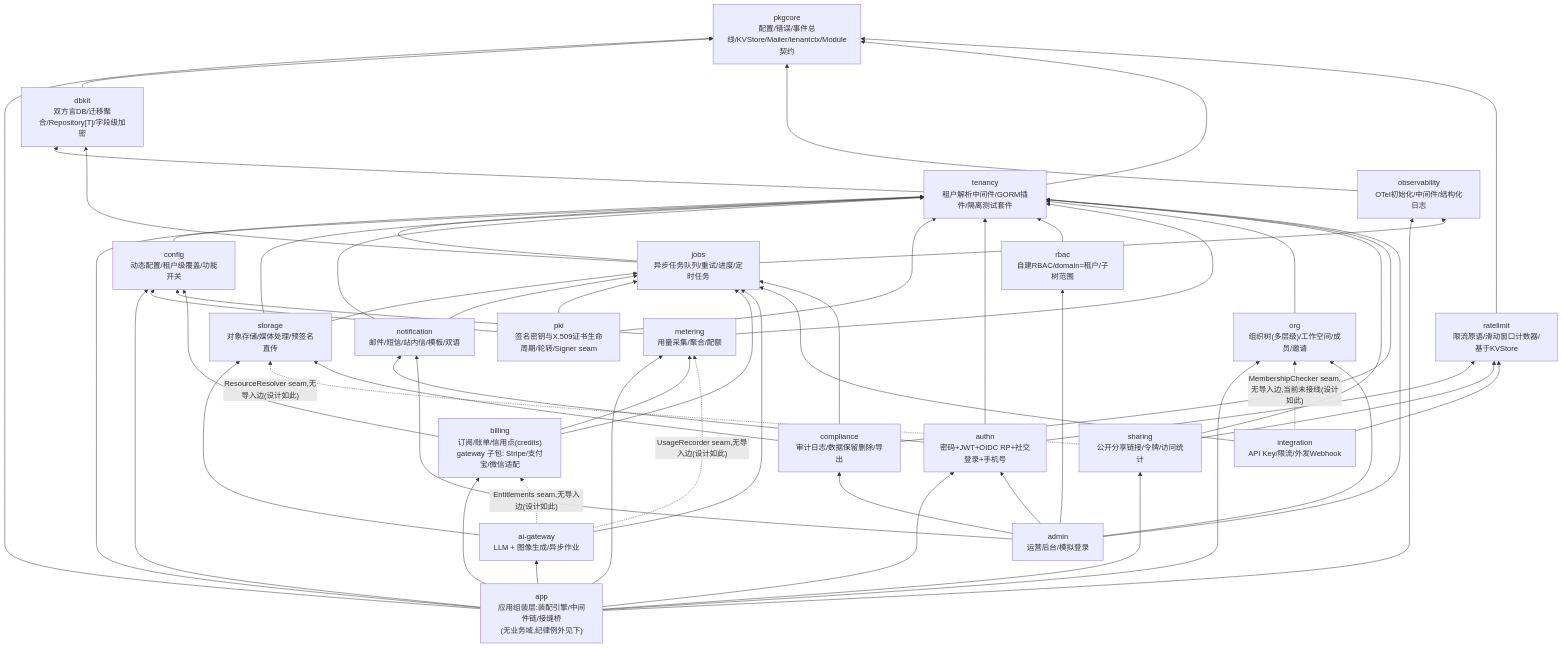
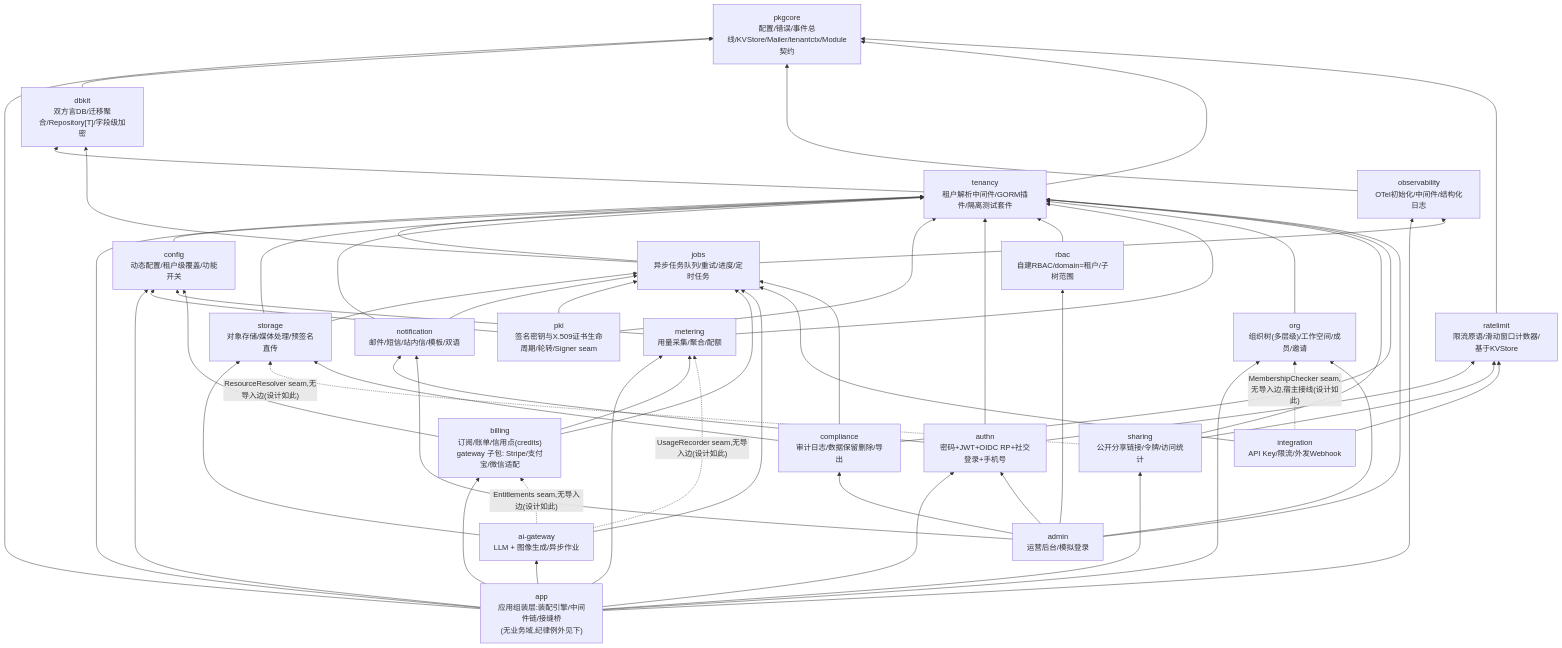
One commit to vislake/speed changed the diagram in docs/internal/01-architecture.md. Above: the diagram before and after it, drawn with Mermaid. The commit also changed other lines of this file and 6 other files, not shown here.

First line of the commit message:
fix(integration): consume the declared optional MembershipChecker

````diff
--- a/docs/internal/01-architecture.md
+++ b/docs/internal/01-architecture.md
@@ -10,80 +10,80 @@
 ```mermaid
 graph BT
     pkgcore["pkgcore<br/>配置/错误/事件总线/KVStore/Mailer/tenantctx/Module契约"]
     dbkit["dbkit<br/>双方言DB/迁移聚合/Repository[T]/字段级加密"]
     obs["observability<br/>OTel初始化/中间件/结构化日志"]
     tenancy["tenancy<br/>租户解析中间件/GORM插件/隔离测试套件"]
     ratelimit["ratelimit<br/>限流原语/滑动窗口计数器/基于KVStore"]
     cfg["config<br/>动态配置/租户级覆盖/功能开关"]
     jobs["jobs<br/>异步任务队列/重试/进度/定时任务"]
     storage["storage<br/>对象存储/媒体处理/预签名直传"]
     notify["notification<br/>邮件/短信/站内信/模板/双语"]
     pki["pki<br/>签名密钥与X.509证书生命周期/轮转/Signer seam"]
     authn["authn<br/>密码+JWT+OIDC RP+社交登录+手机号"]
     rbac["rbac<br/>自建RBAC/domain=租户/子树范围"]
     metering["metering<br/>用量采集/聚合/配额"]
     org["org<br/>组织树(多层级)/工作空间/成员/邀请"]
     billing["billing<br/>订阅/账单/信用点(credits)<br/>gateway 子包: Stripe/支付宝/微信适配"]
     ai["ai-gateway<br/>LLM + 图像生成/异步作业"]
     sharing["sharing<br/>公开分享链接/令牌/访问统计"]
     integ["integration<br/>API Key/限流/外发Webhook"]
     comp["compliance<br/>审计日志/数据保留删除/导出"]
     admin["admin<br/>运营后台/模拟登录"]
     app["app<br/>应用组装层:装配引擎/中间件链/接缝桥<br/>(无业务域,纪律例外见下)"]
 
     app --> pkgcore
     app --> obs
     app --> tenancy
     app --> cfg
     app --> authn
     app --> org
     app --> metering
     app --> billing
     app --> sharing
     app --> ai
     dbkit --> pkgcore
     obs --> pkgcore
     tenancy --> pkgcore
     tenancy --> dbkit
     ratelimit --> pkgcore
     cfg --> tenancy
     jobs --> tenancy
     jobs --> obs
     jobs --> dbkit
     storage --> tenancy
     storage --> jobs
     notify --> tenancy
     notify --> jobs
     pki --> tenancy
     pki --> jobs
     pki --> cfg
     authn --> tenancy
     authn --> notify
     authn --> ratelimit
     rbac --> tenancy
     metering --> tenancy
     metering --> cfg
     org --> tenancy
     billing --> metering
     billing --> cfg
     billing --> jobs
     ai --> jobs
     ai --> storage
     ai -.->|"Entitlements seam,无导入边(设计如此)"| billing
     ai -.->|"UsageRecorder seam,无导入边(设计如此)"| metering
     sharing --> tenancy
     sharing --> ratelimit
     sharing -.->|"ResourceResolver seam,无导入边(设计如此)"| storage
     integ --> jobs
     integ --> ratelimit
-    integ -.->|"MembershipChecker seam,无导入边,当前未接线(设计如此)"| org
+    integ -.->|"MembershipChecker seam,无导入边,宿主接线(设计如此)"| org
     comp --> tenancy
     comp --> jobs
     comp --> storage
     admin --> rbac
     admin --> authn
     admin --> tenancy
     admin --> org
     admin --> notify
     admin --> comp
 ```
````
